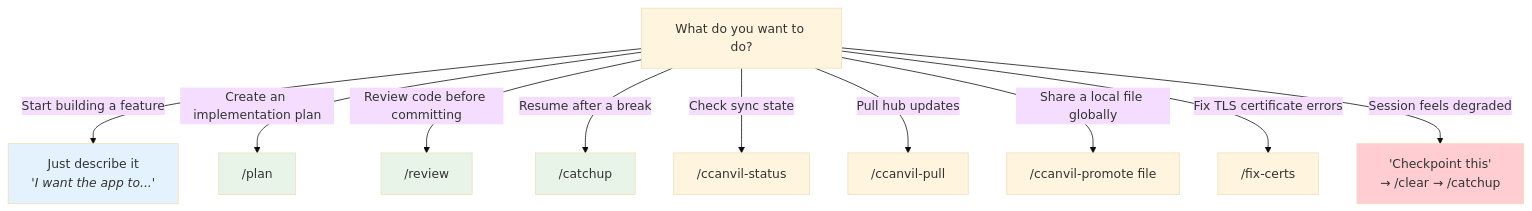
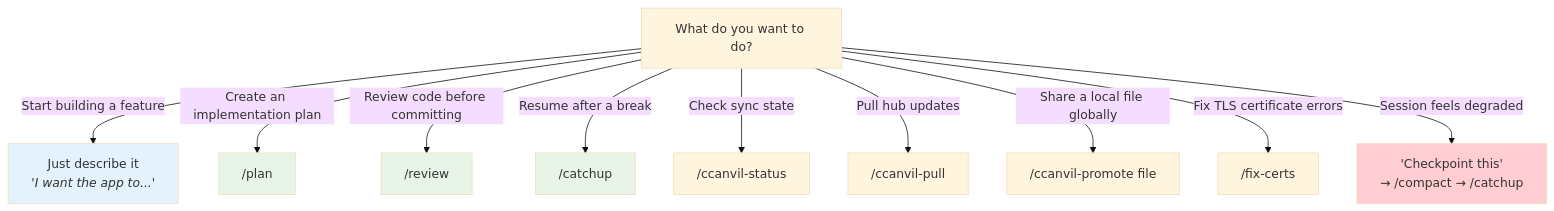
The first of 3 diagrams in .ccanvil/guide/decision-guide.md (goldhaxx/fucina), drawn with Mermaid (base theme) before and after one commit. The commit also changed other lines of this file and 15 other files, not shown here.

````diff
--- a/.ccanvil/guide/decision-guide.md
+++ b/.ccanvil/guide/decision-guide.md
@@ -5,20 +5,20 @@
 ```mermaid
 flowchart TD
     Q["What do you want to do?"]
 
     Q -->|"Start building a feature"| A1["Just describe it<br/><i>'I want the app to...'</i>"]
     Q -->|"Create an implementation plan"| A2["/plan"]
     Q -->|"Review code before committing"| A3["/review"]
     Q -->|"Resume after a break"| A4["/catchup"]
     Q -->|"Check sync state"| A5["/ccanvil-status"]
     Q -->|"Pull hub updates"| A6["/ccanvil-pull"]
     Q -->|"Share a local file globally"| A7["/ccanvil-promote file"]
     Q -->|"Fix TLS certificate errors"| A8["/fix-certs"]
-    Q -->|"Session feels degraded"| A9["'Checkpoint this'<br/>→ /clear → /catchup"]
+    Q -->|"Session feels degraded"| A9["'Checkpoint this'<br/>→ /compact → /catchup"]
 
     style A1 fill:#e3f2fd
     style A2 fill:#e8f4e8
     style A3 fill:#e8f4e8
     style A4 fill:#e8f4e8
     style A9 fill:#ffcdd2
 ```
````
